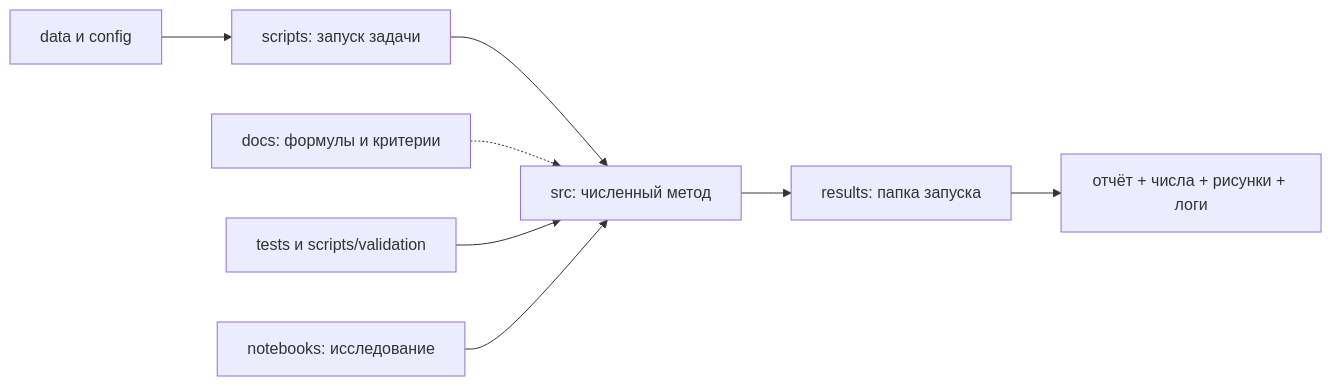
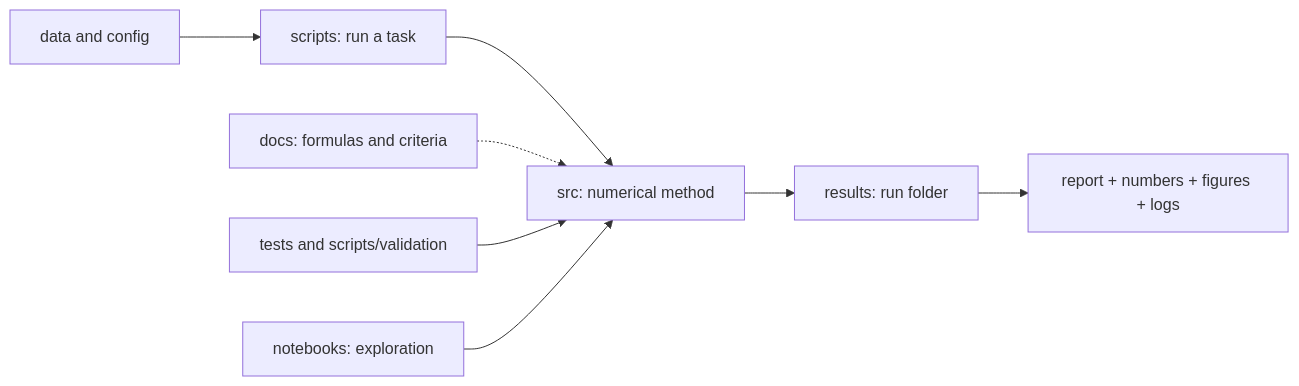
One commit to AlinaBelyalova/elastic-das-2d changed the diagram in docs/project_map.md. Above: the diagram before and after it, drawn with Mermaid. The commit also changed other lines of this file and 13 other files, not shown here.

````diff
--- a/docs/project_map.md
+++ b/docs/project_map.md
@@ -67,10 +67,10 @@
 ```mermaid
 flowchart LR
-    INPUT["data и config"] --> RUN["scripts: запуск задачи"]
-    RUN --> CORE["src: численный метод"]
-    CORE --> RESULT["results: папка запуска"]
-    RESULT --> REPORT["отчёт + числа + рисунки + логи"]
-    DOC["docs: формулы и критерии"] -.-> CORE
-    TEST["tests и scripts/validation"] --> CORE
-    NOTE["notebooks: исследование"] --> CORE
+    INPUT["data and config"] --> RUN["scripts: run a task"]
+    RUN --> CORE["src: numerical method"]
+    CORE --> RESULT["results: run folder"]
+    RESULT --> REPORT["report + numbers + figures + logs"]
+    DOC["docs: formulas and criteria"] -.-> CORE
+    TEST["tests and scripts/validation"] --> CORE
+    NOTE["notebooks: exploration"] --> CORE
 ```
````
